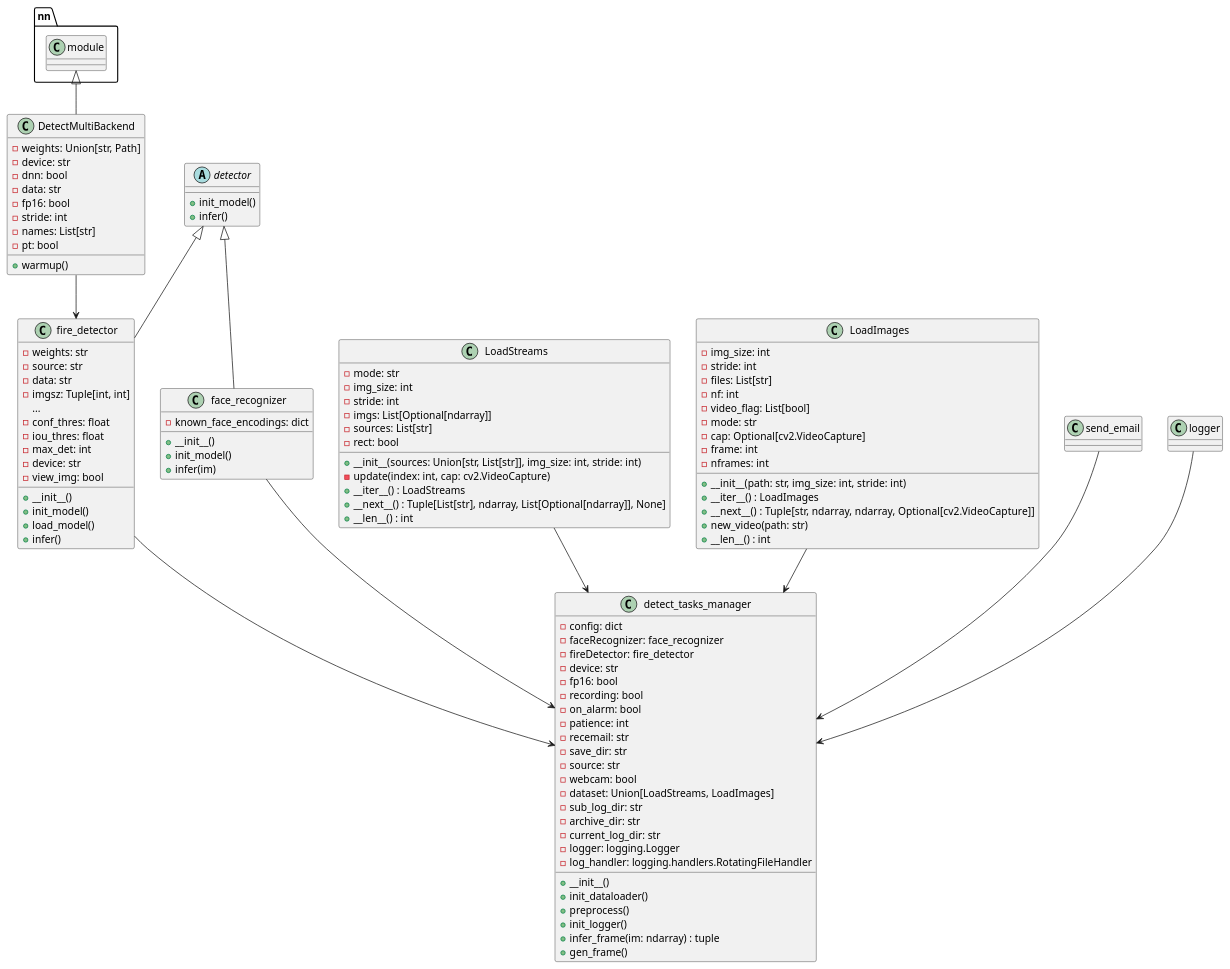
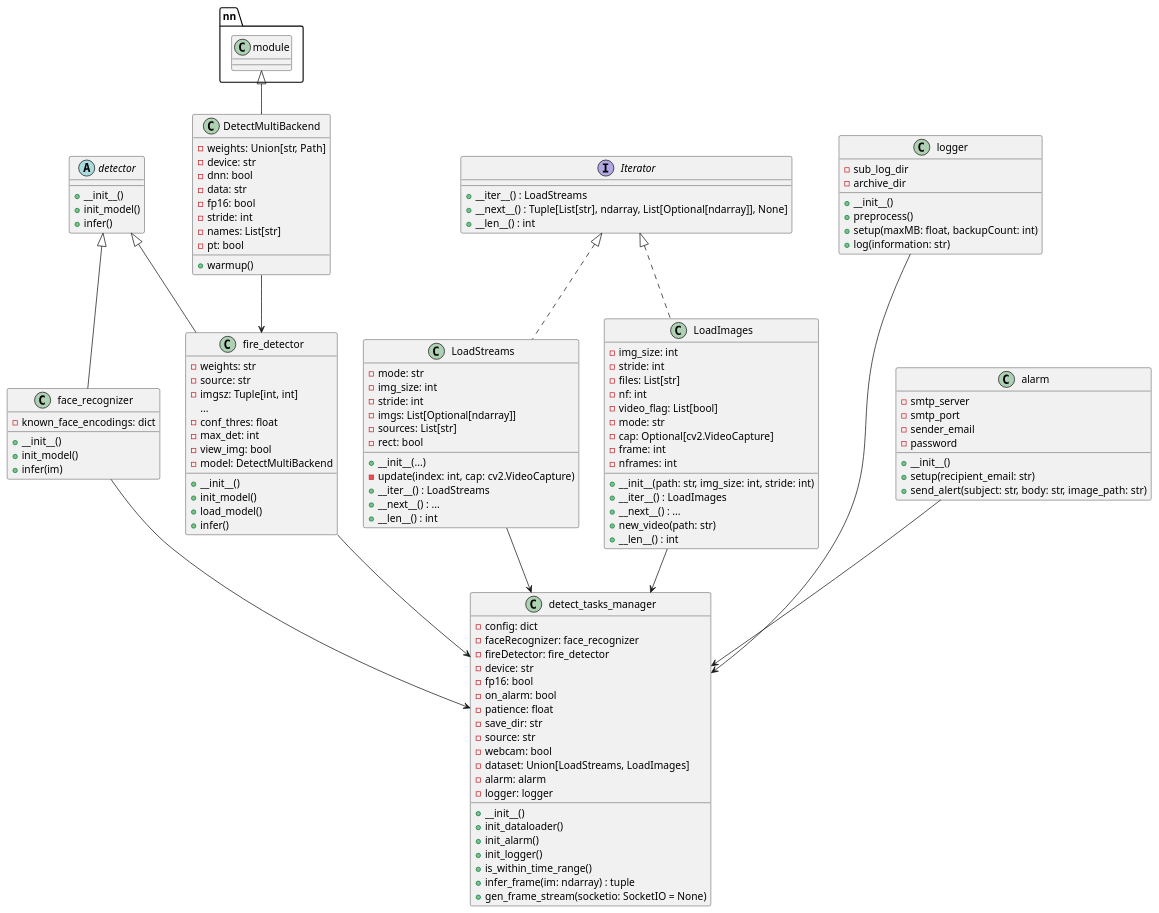
One commit to stan-maze/Home-Security-Surveillance changed the diagram in UML图表/类图.plantuml. Above: the diagram before and after it, drawn with PlantUML. The commit also changed 5 other files, not shown here.

Commit message:
更新了图表

```diff
--- a/UML图表/类图.plantuml
+++ b/UML图表/类图.plantuml
@@ -1,141 +1,171 @@
 @startuml 系统类图
 
 abstract class detector {
+    + __init__()
     + init_model()
     + infer()
 }
 
 
 class fire_detector {
   - weights: str
   - source: str
-  - data: str
+  ' - data: str
   - imgsz: Tuple[int, int]
   ...
   - conf_thres: float
-  - iou_thres: float
+  ' - iou_thres: float
   - max_det: int
-  - device: str
+  ' - device: str
   - view_img: bool
 '   - save_txt: bool
 '   - save_conf: bool
 '   - save_crop: bool
 '   - nosave: bool
 '   - classes: Optional[List[int]]
 '   - agnostic_nms: bool
 '   - augment: bool
 '   - visualize: bool
 '   - update: bool
 '   - project: str
 '   - name: str
 '   - exist_ok: bool
 '   - line_thickness: int
 '   - hide_labels: bool
 '   - hide_conf: bool
 '   - half: bool
 '   - dnn: bool
 '   - vid_stride: int
-'   - model: DetectMultiBackend
+  - model: DetectMultiBackend
 '   - names: List[str]
 '   - stride: int
 '   - pt: bool
   + __init__()
   + init_model()
   + load_model()
   + infer()
 }
 
 class DetectMultiBackend extends nn.module{
   - weights: Union[str, Path]
   - device: str
   - dnn: bool
   - data: str
   - fp16: bool
   - stride: int
   - names: List[str]
   - pt: bool
   + warmup()
 }
 
 class face_recognizer {
   - known_face_encodings: dict
   + __init__()
   + init_model()
   + infer(im)
 }
 
-
+interface Iterator {
+    + __iter__() : LoadStreams
+    + __next__() : Tuple[List[str], ndarray, List[Optional[ndarray]], None]
+    + __len__() : int
+}
 
 class LoadStreams {
     - mode: str
     - img_size: int
     - stride: int
     - imgs: List[Optional[ndarray]]
     - sources: List[str]
     - rect: bool
-    + __init__(sources: Union[str, List[str]], img_size: int, stride: int)
+    + __init__(...)
     - update(index: int, cap: cv2.VideoCapture)
     + __iter__() : LoadStreams
-    + __next__() : Tuple[List[str], ndarray, List[Optional[ndarray]], None]
+    ' + __next__() : Tuple[List[str], ndarray, List[Optional[ndarray]], None]
+    + __next__() : ...
     + __len__() : int
 }
 
 class LoadImages {
     - img_size: int
     - stride: int
     - files: List[str]
     - nf: int
     - video_flag: List[bool]
     - mode: str
     - cap: Optional[cv2.VideoCapture]
     - frame: int
     - nframes: int
     + __init__(path: str, img_size: int, stride: int)
     + __iter__() : LoadImages
-    + __next__() : Tuple[str, ndarray, ndarray, Optional[cv2.VideoCapture]]
+    ' + __next__() : Tuple[str, ndarray, ndarray, Optional[cv2.VideoCapture]]
+    + __next__() : ...
     + new_video(path: str)
     + __len__() : int
 }
 
 class detect_tasks_manager {
-    - config: dict
+    - config: dict 
     - faceRecognizer: face_recognizer
     - fireDetector: fire_detector
     - device: str
     - fp16: bool
-    - recording: bool
     - on_alarm: bool
-    - patience: int
-    - recemail: str
+    - patience: float
     - save_dir: str
     - source: str
     - webcam: bool
     - dataset: Union[LoadStreams, LoadImages]
-    - sub_log_dir: str
-    - archive_dir: str
-    - current_log_dir: str
-    - logger: logging.Logger
-    - log_handler: logging.handlers.RotatingFileHandler
+    - alarm: alarm
+    - logger: logger
     + __init__()
     + init_dataloader()
-    + preprocess()
+    ' + preprocess()
+    + init_alarm()
     + init_logger()
+    + is_within_time_range()
+    ' + init_logger()
     + infer_frame(im: ndarray) : tuple
-    + gen_frame()
+    + gen_frame_stream(socketio: SocketIO = None)
 
 }
+
+class alarm {
+  - smtp_server
+  - smtp_port
+  - sender_email
+  - password
+  + __init__()
+  + setup(recipient_email: str)
+  + send_alert(subject: str, body: str, image_path: str)
+}
+
+class logger {
+  - sub_log_dir
+  - archive_dir
+  + __init__()
+  + preprocess()
+  + setup(maxMB: float, backupCount: int)
+  + log(information: str)
+}
+
+
 
 DetectMultiBackend --> fire_detector
 
 detector <|-- fire_detector
 detector <|-- face_recognizer
 
+Iterator <|.. LoadStreams
+Iterator <|.. LoadImages
+
 face_recognizer --> detect_tasks_manager
 LoadImages --> detect_tasks_manager
 LoadStreams --> detect_tasks_manager
-send_email --> detect_tasks_manager
+alarm --> detect_tasks_manager
 logger --> detect_tasks_manager
+logger -[hidden]-> alarm
 fire_detector --> detect_tasks_manager
 
 
 @enduml
```
